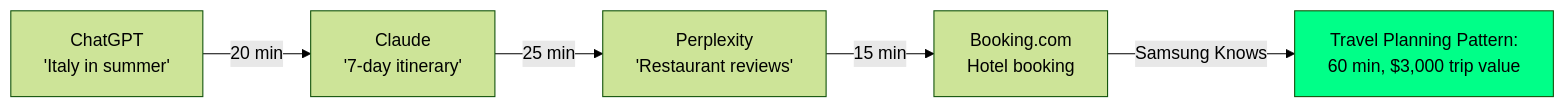
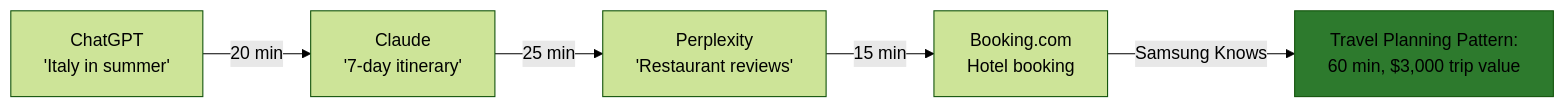
The seventh of 12 diagrams in pitch.md (yxl74/AI_PITCH), drawn with Mermaid (forest theme) before and after one commit. The commit also changed other lines of this file, not shown here.

````diff
--- a/pitch.md
+++ b/pitch.md
@@ -246,9 +246,9 @@
 ```mermaid
 graph LR
     A[ChatGPT<br/>'Italy in summer'] -->|20 min| B[Claude<br/>'7-day itinerary']
     B -->|25 min| C[Perplexity<br/>'Restaurant reviews']
     C -->|15 min| D[Booking.com<br/>Hotel booking]
     D -->|Samsung Knows| E[Travel Planning Pattern:<br/>60 min, $3,000 trip value]
     
-    style E fill:#00ff88
+    style E fill:#2d7a2d
 ```
````
